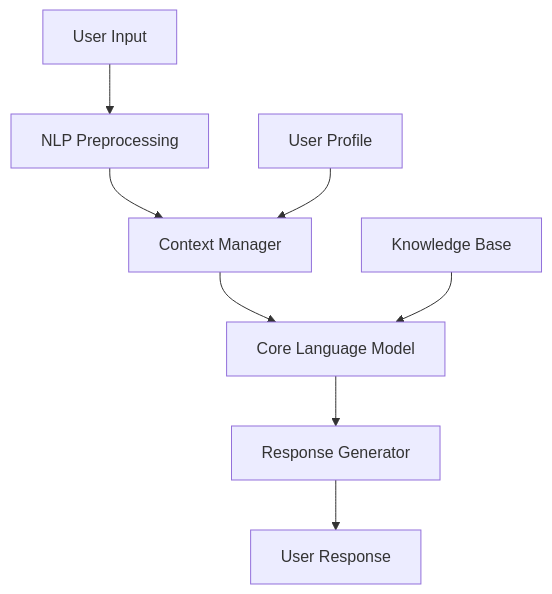
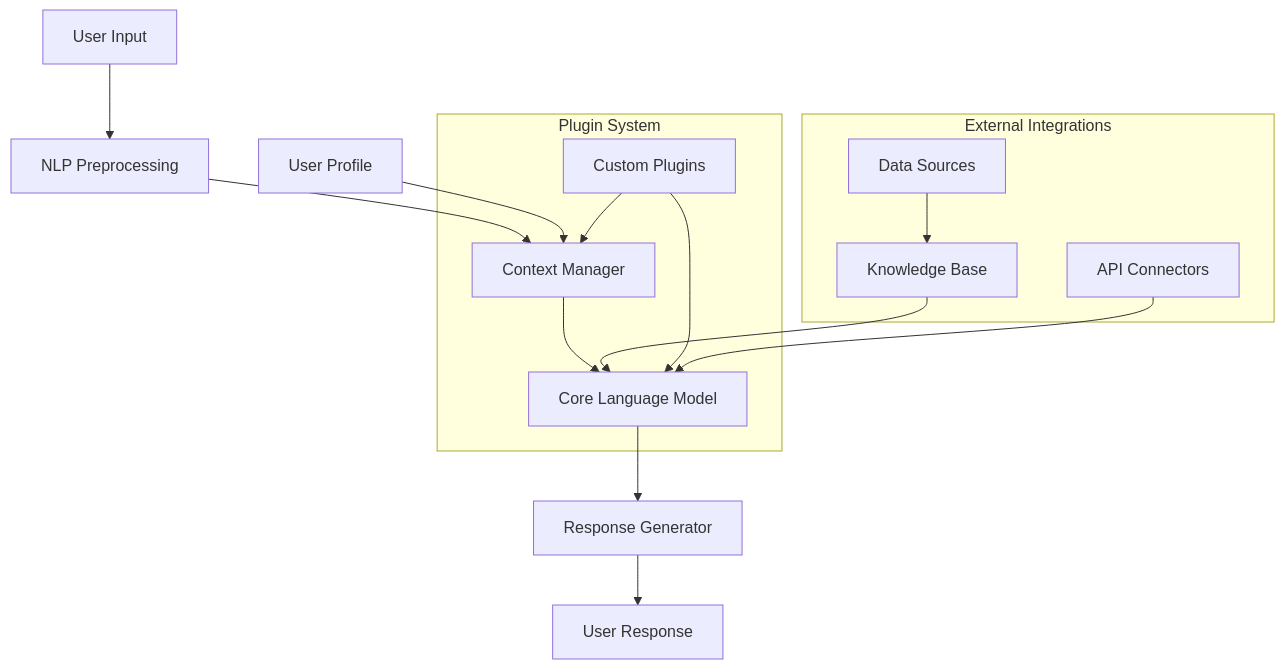
Before and after one commit to Yash-Kavaiya/CCAl: the diagram in README.md, drawn with Mermaid. The commit also changed other lines of this file, not shown here.

````diff
--- a/README.md
+++ b/README.md
@@ -67,10 +106,20 @@
 ```mermaid
 graph TD
     A[User Input] --> B[NLP Preprocessing]
     B --> C[Context Manager]
     C --> D[Core Language Model]
     D --> E[Response Generator]
     E --> F[User Response]
     G[Knowledge Base] --> D
     H[User Profile] --> C
+    
+    subgraph "Plugin System"
+    I[Custom Plugins] --> C
+    I --> D
+    end
+    
+    subgraph "External Integrations"
+    J[API Connectors] --> D
+    K[Data Sources] --> G
+    end
 ```
````
